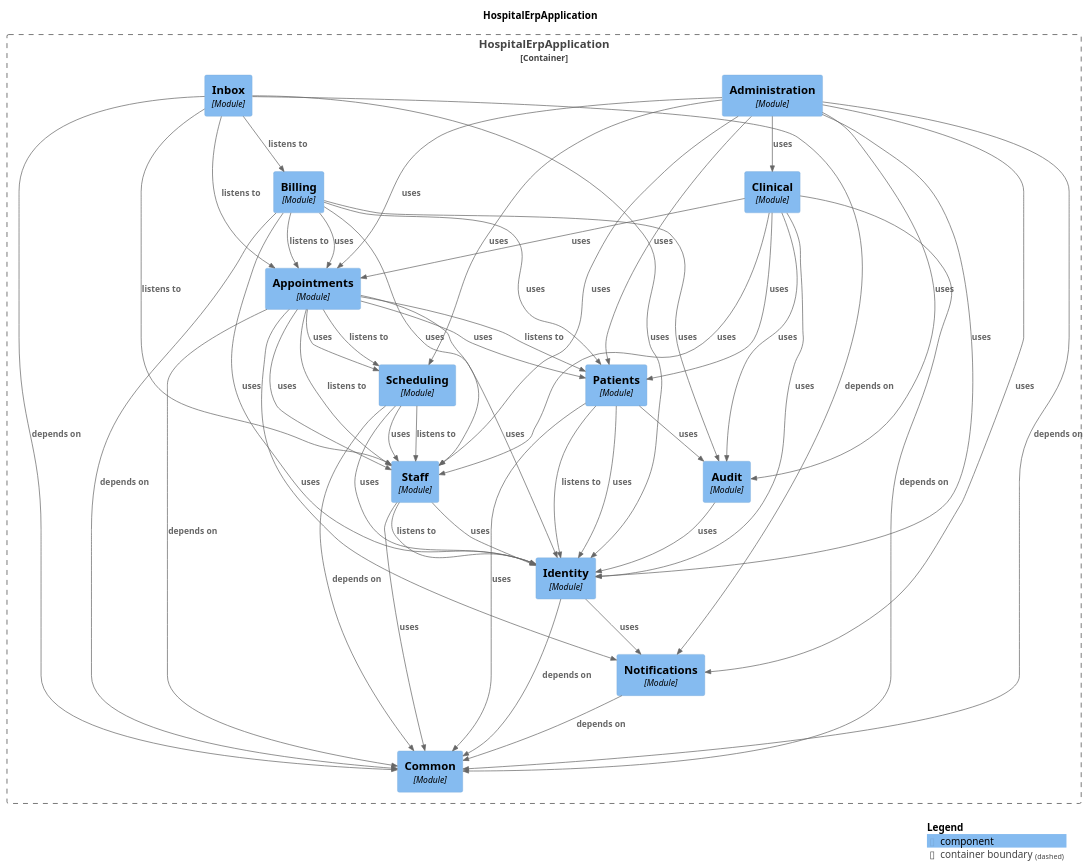
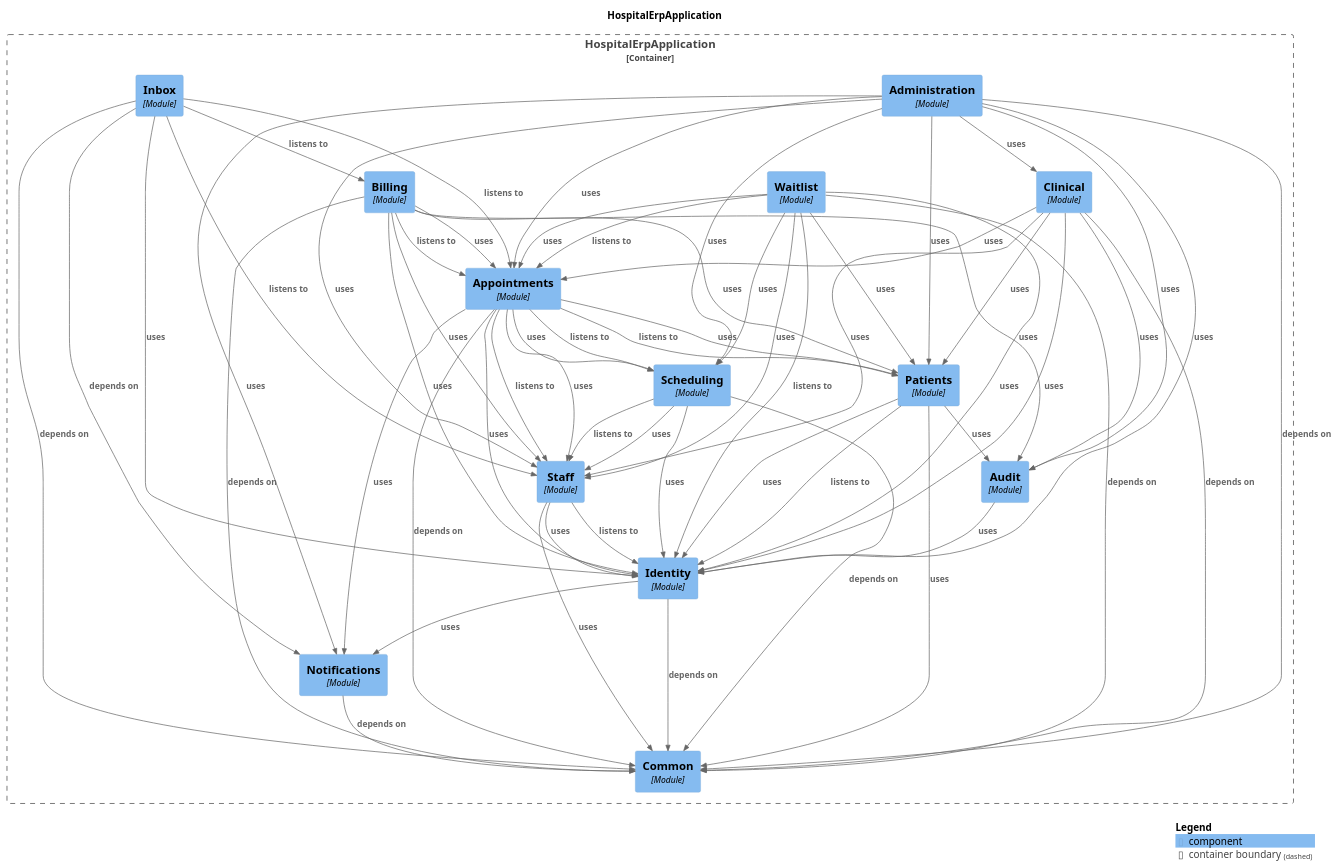
The diagram in docs/modules/components.puml (harshsharma5720/HospitalERP), drawn with PlantUML before and after one commit. The commit also changed 44 other files, not shown here.

```diff
--- a/docs/modules/components.puml
+++ b/docs/modules/components.puml
@@ -12,6 +12,7 @@
   Component(HospitalErpApplication.HospitalErpApplication.Appointments, "Appointments", $techn="Module", $descr="", $tags="", $link="")
   Component(HospitalErpApplication.HospitalErpApplication.Billing, "Billing", $techn="Module", $descr="", $tags="", $link="")
   Component(HospitalErpApplication.HospitalErpApplication.Clinical, "Clinical", $techn="Module", $descr="", $tags="", $link="")
+  Component(HospitalErpApplication.HospitalErpApplication.Waitlist, "Waitlist", $techn="Module", $descr="", $tags="", $link="")
   Component(HospitalErpApplication.HospitalErpApplication.Administration, "Administration", $techn="Module", $descr="", $tags="", $link="")
   Component(HospitalErpApplication.HospitalErpApplication.Inbox, "Inbox", $techn="Module", $descr="", $tags="", $link="")
   Component(HospitalErpApplication.HospitalErpApplication.Common, "Common", $techn="Module", $descr="", $tags="", $link="")
@@ -23,37 +24,32 @@
   Component(HospitalErpApplication.HospitalErpApplication.Scheduling, "Scheduling", $techn="Module", $descr="", $tags="", $link="")
 }
 
+Rel(HospitalErpApplication.HospitalErpApplication.Staff, HospitalErpApplication.HospitalErpApplication.Identity, "uses", $techn="", $tags="", $link="")
+Rel(HospitalErpApplication.HospitalErpApplication.Staff, HospitalErpApplication.HospitalErpApplication.Common, "uses", $techn="", $tags="", $link="")
+Rel(HospitalErpApplication.HospitalErpApplication.Audit, HospitalErpApplication.HospitalErpApplication.Identity, "uses", $techn="", $tags="", $link="")
+Rel(HospitalErpApplication.HospitalErpApplication.Clinical, HospitalErpApplication.HospitalErpApplication.Common, "depends on", $techn="", $tags="", $link="")
+Rel(HospitalErpApplication.HospitalErpApplication.Clinical, HospitalErpApplication.HospitalErpApplication.Appointments, "uses", $techn="", $tags="", $link="")
+Rel(HospitalErpApplication.HospitalErpApplication.Clinical, HospitalErpApplication.HospitalErpApplication.Staff, "uses", $techn="", $tags="", $link="")
 Rel(HospitalErpApplication.HospitalErpApplication.Clinical, HospitalErpApplication.HospitalErpApplication.Patients, "uses", $techn="", $tags="", $link="")
 Rel(HospitalErpApplication.HospitalErpApplication.Clinical, HospitalErpApplication.HospitalErpApplication.Identity, "uses", $techn="", $tags="", $link="")
 Rel(HospitalErpApplication.HospitalErpApplication.Clinical, HospitalErpApplication.HospitalErpApplication.Audit, "uses", $techn="", $tags="", $link="")
-Rel(HospitalErpApplication.HospitalErpApplication.Notifications, HospitalErpApplication.HospitalErpApplication.Common, "depends on", $techn="", $tags="", $link="")
-Rel(HospitalErpApplication.HospitalErpApplication.Staff, HospitalErpApplication.HospitalErpApplication.Identity, "listens to", $techn="", $tags="", $link="")
-Rel(HospitalErpApplication.HospitalErpApplication.Staff, HospitalErpApplication.HospitalErpApplication.Identity, "uses", $techn="", $tags="", $link="")
-Rel(HospitalErpApplication.HospitalErpApplication.Staff, HospitalErpApplication.HospitalErpApplication.Common, "uses", $techn="", $tags="", $link="")
 Rel(HospitalErpApplication.HospitalErpApplication.Billing, HospitalErpApplication.HospitalErpApplication.Appointments, "listens to", $techn="", $tags="", $link="")
 Rel(HospitalErpApplication.HospitalErpApplication.Billing, HospitalErpApplication.HospitalErpApplication.Common, "depends on", $techn="", $tags="", $link="")
 Rel(HospitalErpApplication.HospitalErpApplication.Billing, HospitalErpApplication.HospitalErpApplication.Identity, "uses", $techn="", $tags="", $link="")
+Rel(HospitalErpApplication.HospitalErpApplication.Billing, HospitalErpApplication.HospitalErpApplication.Appointments, "uses", $techn="", $tags="", $link="")
 Rel(HospitalErpApplication.HospitalErpApplication.Billing, HospitalErpApplication.HospitalErpApplication.Patients, "uses", $techn="", $tags="", $link="")
-Rel(HospitalErpApplication.HospitalErpApplication.Billing, HospitalErpApplication.HospitalErpApplication.Appointments, "uses", $techn="", $tags="", $link="")
 Rel(HospitalErpApplication.HospitalErpApplication.Billing, HospitalErpApplication.HospitalErpApplication.Audit, "uses", $techn="", $tags="", $link="")
 Rel(HospitalErpApplication.HospitalErpApplication.Billing, HospitalErpApplication.HospitalErpApplication.Staff, "uses", $techn="", $tags="", $link="")
+Rel(HospitalErpApplication.HospitalErpApplication.Scheduling, HospitalErpApplication.HospitalErpApplication.Staff, "listens to", $techn="", $tags="", $link="")
+Rel(HospitalErpApplication.HospitalErpApplication.Scheduling, HospitalErpApplication.HospitalErpApplication.Common, "depends on", $techn="", $tags="", $link="")
+Rel(HospitalErpApplication.HospitalErpApplication.Scheduling, HospitalErpApplication.HospitalErpApplication.Staff, "uses", $techn="", $tags="", $link="")
+Rel(HospitalErpApplication.HospitalErpApplication.Scheduling, HospitalErpApplication.HospitalErpApplication.Identity, "uses", $techn="", $tags="", $link="")
 Rel(HospitalErpApplication.HospitalErpApplication.Inbox, HospitalErpApplication.HospitalErpApplication.Billing, "listens to", $techn="", $tags="", $link="")
 Rel(HospitalErpApplication.HospitalErpApplication.Inbox, HospitalErpApplication.HospitalErpApplication.Staff, "listens to", $techn="", $tags="", $link="")
 Rel(HospitalErpApplication.HospitalErpApplication.Inbox, HospitalErpApplication.HospitalErpApplication.Appointments, "listens to", $techn="", $tags="", $link="")
 Rel(HospitalErpApplication.HospitalErpApplication.Inbox, HospitalErpApplication.HospitalErpApplication.Common, "depends on", $techn="", $tags="", $link="")
 Rel(HospitalErpApplication.HospitalErpApplication.Inbox, HospitalErpApplication.HospitalErpApplication.Notifications, "depends on", $techn="", $tags="", $link="")
 Rel(HospitalErpApplication.HospitalErpApplication.Inbox, HospitalErpApplication.HospitalErpApplication.Identity, "uses", $techn="", $tags="", $link="")
-Rel(HospitalErpApplication.HospitalErpApplication.Administration, HospitalErpApplication.HospitalErpApplication.Common, "depends on", $techn="", $tags="", $link="")
-Rel(HospitalErpApplication.HospitalErpApplication.Administration, HospitalErpApplication.HospitalErpApplication.Identity, "uses", $techn="", $tags="", $link="")
-Rel(HospitalErpApplication.HospitalErpApplication.Administration, HospitalErpApplication.HospitalErpApplication.Patients, "uses", $techn="", $tags="", $link="")
-Rel(HospitalErpApplication.HospitalErpApplication.Administration, HospitalErpApplication.HospitalErpApplication.Staff, "uses", $techn="", $tags="", $link="")
-Rel(HospitalErpApplication.HospitalErpApplication.Administration, HospitalErpApplication.HospitalErpApplication.Audit, "uses", $techn="", $tags="", $link="")
-Rel(HospitalErpApplication.HospitalErpApplication.Administration, HospitalErpApplication.HospitalErpApplication.Appointments, "uses", $techn="", $tags="", $link="")
-Rel(HospitalErpApplication.HospitalErpApplication.Administration, HospitalErpApplication.HospitalErpApplication.Notifications, "uses", $techn="", $tags="", $link="")
-Rel(HospitalErpApplication.HospitalErpApplication.Administration, HospitalErpApplication.HospitalErpApplication.Clinical, "uses", $techn="", $tags="", $link="")
-Rel(HospitalErpApplication.HospitalErpApplication.Administration, HospitalErpApplication.HospitalErpApplication.Scheduling, "uses", $techn="", $tags="", $link="")
-Rel(HospitalErpApplication.HospitalErpApplication.Identity, HospitalErpApplication.HospitalErpApplication.Common, "depends on", $techn="", $tags="", $link="")
-Rel(HospitalErpApplication.HospitalErpApplication.Identity, HospitalErpApplication.HospitalErpApplication.Notifications, "uses", $techn="", $tags="", $link="")
 Rel(HospitalErpApplication.HospitalErpApplication.Appointments, HospitalErpApplication.HospitalErpApplication.Staff, "listens to", $techn="", $tags="", $link="")
 Rel(HospitalErpApplication.HospitalErpApplication.Appointments, HospitalErpApplication.HospitalErpApplication.Patients, "listens to", $techn="", $tags="", $link="")
 Rel(HospitalErpApplication.HospitalErpApplication.Appointments, HospitalErpApplication.HospitalErpApplication.Scheduling, "listens to", $techn="", $tags="", $link="")
@@ -67,14 +63,27 @@
 Rel(HospitalErpApplication.HospitalErpApplication.Patients, HospitalErpApplication.HospitalErpApplication.Identity, "uses", $techn="", $tags="", $link="")
 Rel(HospitalErpApplication.HospitalErpApplication.Patients, HospitalErpApplication.HospitalErpApplication.Common, "uses", $techn="", $tags="", $link="")
 Rel(HospitalErpApplication.HospitalErpApplication.Patients, HospitalErpApplication.HospitalErpApplication.Audit, "uses", $techn="", $tags="", $link="")
-Rel(HospitalErpApplication.HospitalErpApplication.Scheduling, HospitalErpApplication.HospitalErpApplication.Staff, "listens to", $techn="", $tags="", $link="")
-Rel(HospitalErpApplication.HospitalErpApplication.Scheduling, HospitalErpApplication.HospitalErpApplication.Common, "depends on", $techn="", $tags="", $link="")
-Rel(HospitalErpApplication.HospitalErpApplication.Scheduling, HospitalErpApplication.HospitalErpApplication.Staff, "uses", $techn="", $tags="", $link="")
-Rel(HospitalErpApplication.HospitalErpApplication.Scheduling, HospitalErpApplication.HospitalErpApplication.Identity, "uses", $techn="", $tags="", $link="")
-Rel(HospitalErpApplication.HospitalErpApplication.Audit, HospitalErpApplication.HospitalErpApplication.Identity, "uses", $techn="", $tags="", $link="")
-Rel(HospitalErpApplication.HospitalErpApplication.Clinical, HospitalErpApplication.HospitalErpApplication.Common, "depends on", $techn="", $tags="", $link="")
-Rel(HospitalErpApplication.HospitalErpApplication.Clinical, HospitalErpApplication.HospitalErpApplication.Appointments, "uses", $techn="", $tags="", $link="")
-Rel(HospitalErpApplication.HospitalErpApplication.Clinical, HospitalErpApplication.HospitalErpApplication.Staff, "uses", $techn="", $tags="", $link="")
+Rel(HospitalErpApplication.HospitalErpApplication.Waitlist, HospitalErpApplication.HospitalErpApplication.Appointments, "listens to", $techn="", $tags="", $link="")
+Rel(HospitalErpApplication.HospitalErpApplication.Waitlist, HospitalErpApplication.HospitalErpApplication.Identity, "listens to", $techn="", $tags="", $link="")
+Rel(HospitalErpApplication.HospitalErpApplication.Waitlist, HospitalErpApplication.HospitalErpApplication.Common, "depends on", $techn="", $tags="", $link="")
+Rel(HospitalErpApplication.HospitalErpApplication.Waitlist, HospitalErpApplication.HospitalErpApplication.Appointments, "uses", $techn="", $tags="", $link="")
+Rel(HospitalErpApplication.HospitalErpApplication.Waitlist, HospitalErpApplication.HospitalErpApplication.Patients, "uses", $techn="", $tags="", $link="")
+Rel(HospitalErpApplication.HospitalErpApplication.Waitlist, HospitalErpApplication.HospitalErpApplication.Staff, "uses", $techn="", $tags="", $link="")
+Rel(HospitalErpApplication.HospitalErpApplication.Waitlist, HospitalErpApplication.HospitalErpApplication.Scheduling, "uses", $techn="", $tags="", $link="")
+Rel(HospitalErpApplication.HospitalErpApplication.Waitlist, HospitalErpApplication.HospitalErpApplication.Identity, "uses", $techn="", $tags="", $link="")
+Rel(HospitalErpApplication.HospitalErpApplication.Identity, HospitalErpApplication.HospitalErpApplication.Common, "depends on", $techn="", $tags="", $link="")
+Rel(HospitalErpApplication.HospitalErpApplication.Identity, HospitalErpApplication.HospitalErpApplication.Notifications, "uses", $techn="", $tags="", $link="")
+Rel(HospitalErpApplication.HospitalErpApplication.Administration, HospitalErpApplication.HospitalErpApplication.Common, "depends on", $techn="", $tags="", $link="")
+Rel(HospitalErpApplication.HospitalErpApplication.Administration, HospitalErpApplication.HospitalErpApplication.Identity, "uses", $techn="", $tags="", $link="")
+Rel(HospitalErpApplication.HospitalErpApplication.Administration, HospitalErpApplication.HospitalErpApplication.Patients, "uses", $techn="", $tags="", $link="")
+Rel(HospitalErpApplication.HospitalErpApplication.Administration, HospitalErpApplication.HospitalErpApplication.Staff, "uses", $techn="", $tags="", $link="")
+Rel(HospitalErpApplication.HospitalErpApplication.Administration, HospitalErpApplication.HospitalErpApplication.Audit, "uses", $techn="", $tags="", $link="")
+Rel(HospitalErpApplication.HospitalErpApplication.Administration, HospitalErpApplication.HospitalErpApplication.Appointments, "uses", $techn="", $tags="", $link="")
+Rel(HospitalErpApplication.HospitalErpApplication.Administration, HospitalErpApplication.HospitalErpApplication.Notifications, "uses", $techn="", $tags="", $link="")
+Rel(HospitalErpApplication.HospitalErpApplication.Administration, HospitalErpApplication.HospitalErpApplication.Clinical, "uses", $techn="", $tags="", $link="")
+Rel(HospitalErpApplication.HospitalErpApplication.Administration, HospitalErpApplication.HospitalErpApplication.Scheduling, "uses", $techn="", $tags="", $link="")
+Rel(HospitalErpApplication.HospitalErpApplication.Notifications, HospitalErpApplication.HospitalErpApplication.Common, "depends on", $techn="", $tags="", $link="")
+Rel(HospitalErpApplication.HospitalErpApplication.Staff, HospitalErpApplication.HospitalErpApplication.Identity, "listens to", $techn="", $tags="", $link="")
 
 SHOW_LEGEND(true)
 @enduml
```
